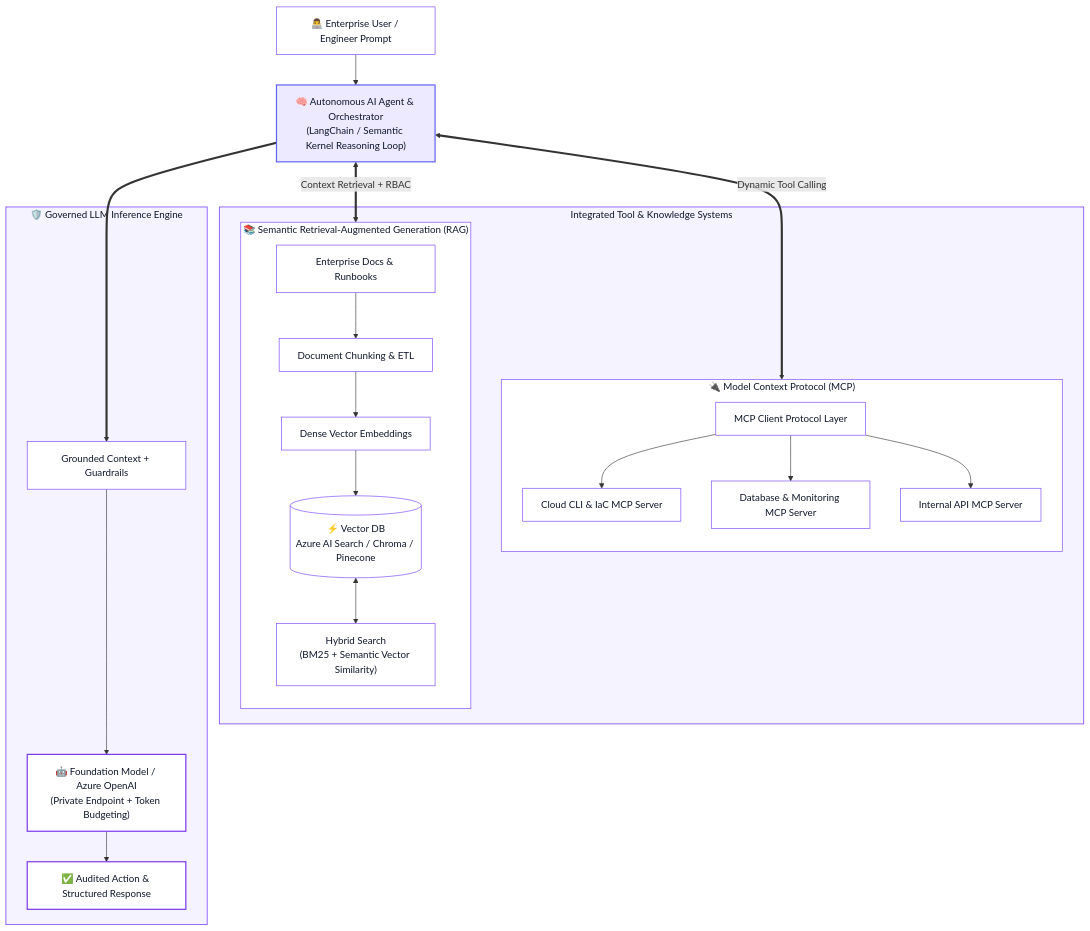
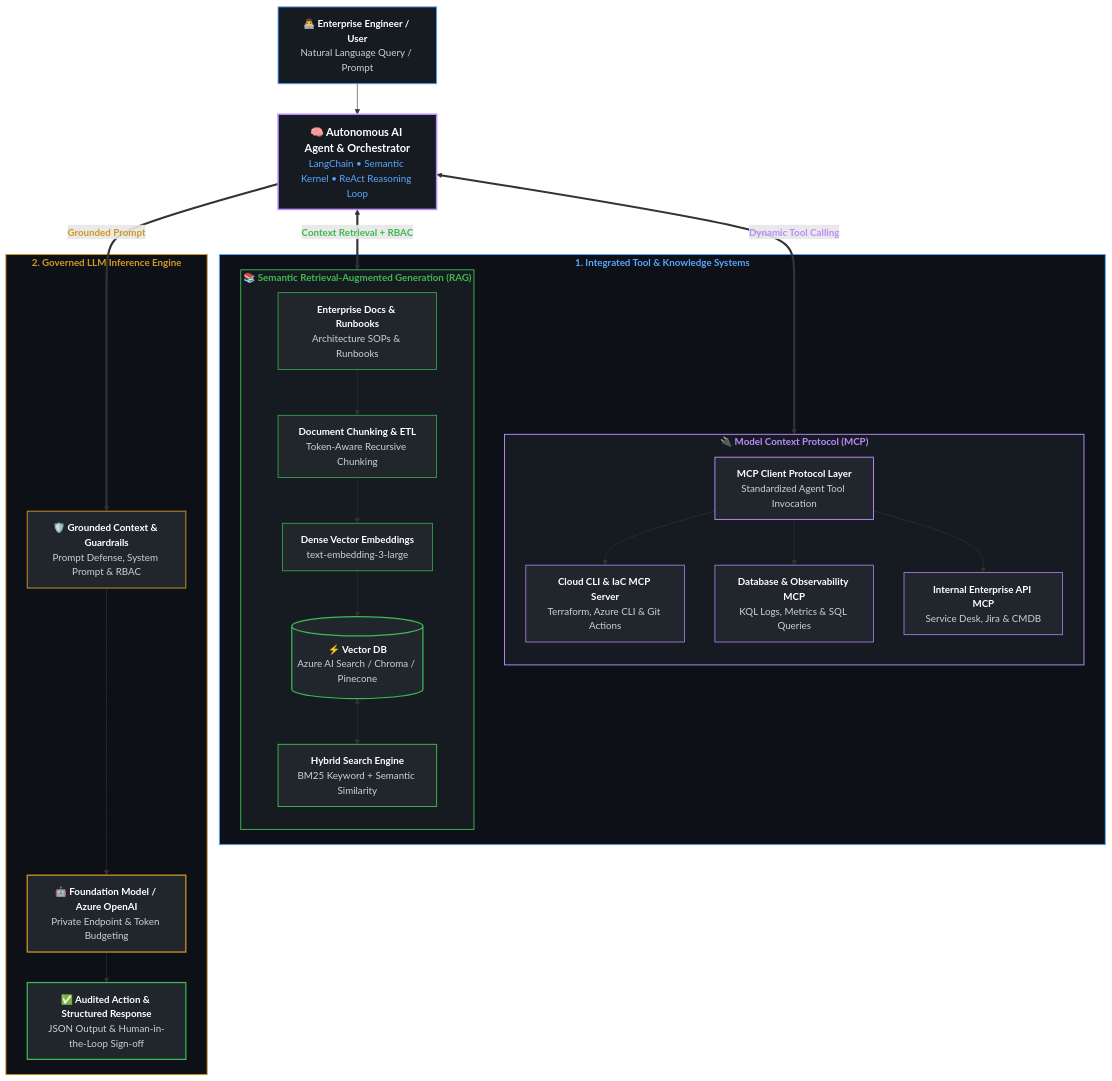
The tenth of 10 diagrams in README.md (Ankitasingh-singh/Ankitasingh-singh), drawn with Mermaid before and after one commit. The commit also changed other lines of this file, not shown here.

Commit message:
style: update mermaid diagram text and node styling for dark mode in README

````diff
--- a/README.md
+++ b/README.md
@@ -652,56 +652,56 @@
 ```mermaid
 flowchart TD
-    User["👨‍💻 Enterprise User / Engineer Prompt"] --> Orchestrator["🧠 Autonomous AI Agent & Orchestrator<br/>(LangChain / Semantic Kernel Reasoning Loop)"]
+    User["<b><font color='#ffffff'>👨‍💻 Enterprise Engineer / User</font></b><br/><font color='#c9d1d9'>Natural Language Query / Prompt</font>"] --> Orchestrator["<b><font color='#ffffff' size='+1'>🧠 Autonomous AI Agent & Orchestrator</font></b><br/><font color='#58a6ff'>LangChain &bull; Semantic Kernel &bull; ReAct Reasoning Loop</font>"]
 
-    subgraph ContextSystems["Integrated Tool & Knowledge Systems"]
-        subgraph MCPFramework["🔌 Model Context Protocol (MCP)"]
+    subgraph ContextSystems["<b><font color='#58a6ff'>1. Integrated Tool & Knowledge Systems</font></b>"]
+        subgraph MCPFramework["<b><font color='#bc8cff'>🔌 Model Context Protocol (MCP)</font></b>"]
             direction TB
-            MCPServer["MCP Client Protocol Layer"]
-            Tool1["Cloud CLI & IaC MCP Server"]
-            Tool2["Database & Monitoring MCP Server"]
-            Tool3["Internal API MCP Server"]
+            MCPServer["<b><font color='#ffffff'>MCP Client Protocol Layer</font></b><br/><font color='#c9d1d9'>Standardized Agent Tool Invocation</font>"]
+            Tool1["<b><font color='#ffffff'>Cloud CLI & IaC MCP Server</font></b><br/><font color='#c9d1d9'>Terraform, Azure CLI & Git Actions</font>"]
+            Tool2["<b><font color='#ffffff'>Database & Observability MCP</font></b><br/><font color='#c9d1d9'>KQL Logs, Metrics & SQL Queries</font>"]
+            Tool3["<b><font color='#ffffff'>Internal Enterprise API MCP</font></b><br/><font color='#c9d1d9'>Service Desk, Jira & CMDB</font>"]
             MCPServer --> Tool1
             MCPServer --> Tool2
             MCPServer --> Tool3
         end
 
-        subgraph RAGPipeline["📚 Semantic Retrieval-Augmented Generation (RAG)"]
+        subgraph RAGPipeline["<b><font color='#3fb950'>📚 Semantic Retrieval-Augmented Generation (RAG)</font></b>"]
             direction TB
-            Docs["Enterprise Docs & Runbooks"] --> Chunking["Document Chunking & ETL"]
-            Chunking --> Embeddings["Dense Vector Embeddings"]
-            Embeddings --> VectorDB[("⚡ Vector DB<br/>Azure AI Search / Chroma / Pinecone")]
-            QuerySearch["Hybrid Search<br/>(BM25 + Semantic Vector Similarity)"]
+            Docs["<b><font color='#ffffff'>Enterprise Docs & Runbooks</font></b><br/><font color='#c9d1d9'>Architecture SOPs & Runbooks</font>"] --> Chunking["<b><font color='#ffffff'>Document Chunking & ETL</font></b><br/><font color='#c9d1d9'>Token-Aware Recursive Chunking</font>"]
+            Chunking --> Embeddings["<b><font color='#ffffff'>Dense Vector Embeddings</font></b><br/><font color='#c9d1d9'>text-embedding-3-large</font>"]
+            Embeddings --> VectorDB[("<b><font color='#ffffff'>⚡ Vector DB</font></b><br/><font color='#c9d1d9'>Azure AI Search / Chroma / Pinecone</font>")]
+            QuerySearch["<b><font color='#ffffff'>Hybrid Search Engine</font></b><br/><font color='#c9d1d9'>BM25 Keyword + Semantic Similarity</font>"]
             VectorDB <--> QuerySearch
         end
     end
 
-    Orchestrator <==>|"Dynamic Tool Calling"| MCPServer
-    Orchestrator <==>|"Context Retrieval + RBAC"| QuerySearch
+    Orchestrator <==>|"<font color='#bc8cff'><b>Dynamic Tool Calling</b></font>"| MCPServer
+    Orchestrator <==>|"<font color='#3fb950'><b>Context Retrieval + RBAC</b></font>"| QuerySearch
 
-    subgraph LLMRuntime["🛡️ Governed LLM Inference Engine"]
-        Grounding["Grounded Context + Guardrails"] --> PrivateLLM["🤖 Foundation Model / Azure OpenAI<br/>(Private Endpoint + Token Budgeting)"]
-        PrivateLLM --> AuditedOutput["✅ Audited Action & Structured Response"]
+    subgraph LLMRuntime["<b><font color='#d29922'>2. Governed LLM Inference Engine</font></b>"]
+        Grounding["<b><font color='#ffffff'>🛡️ Grounded Context & Guardrails</font></b><br/><font color='#c9d1d9'>Prompt Defense, System Prompt & RBAC</font>"] --> PrivateLLM["<b><font color='#ffffff'>🤖 Foundation Model / Azure OpenAI</font></b><br/><font color='#c9d1d9'>Private Endpoint & Token Budgeting</font>"]
+        PrivateLLM --> AuditedOutput["<b><font color='#ffffff'>✅ Audited Action & Structured Response</font></b><br/><font color='#c9d1d9'>JSON Output & Human-in-the-Loop Sign-off</font>"]
     end
 
-    Orchestrator ==> Grounding
+    Orchestrator ==>|"<font color='#d29922'><b>Grounded Prompt</b></font>"| Grounding
 
-    style Orchestrator fill:#ede9fe,stroke:#6366f1,stroke-width:2px,color:#0f172a
-    style ContextSystems fill:#f5f3ff,stroke:#8b5cf6,stroke-width:1.5px,color:#0f172a
-    style MCPFramework fill:#ffffff,stroke:#8b5cf6,stroke-width:1.2px,color:#0f172a
-    style RAGPipeline fill:#ffffff,stroke:#8b5cf6,stroke-width:1.2px,color:#0f172a
-    style LLMRuntime fill:#f5f3ff,stroke:#8b5cf6,stroke-width:1.5px,color:#0f172a
+    style Orchestrator fill:#161b22,stroke:#bc8cff,stroke-width:2.5px
+    style ContextSystems fill:#0d1117,stroke:#58a6ff,stroke-width:1.5px,color:#58a6ff
+    style MCPFramework fill:#161b22,stroke:#bc8cff,stroke-width:1.5px,color:#bc8cff
+    style RAGPipeline fill:#161b22,stroke:#3fb950,stroke-width:1.5px,color:#3fb950
+    style LLMRuntime fill:#0d1117,stroke:#d29922,stroke-width:1.5px,color:#d29922
 
-    style User fill:#ffffff,stroke:#8b5cf6,stroke-width:1.2px,color:#0f172a
-    style MCPServer fill:#ffffff,stroke:#8b5cf6,stroke-width:1.2px,color:#0f172a
-    style Tool1 fill:#ffffff,stroke:#8b5cf6,stroke-width:1.2px,color:#0f172a
-    style Tool2 fill:#ffffff,stroke:#8b5cf6,stroke-width:1.2px,color:#0f172a
-    style Tool3 fill:#ffffff,stroke:#8b5cf6,stroke-width:1.2px,color:#0f172a
-    style Docs fill:#ffffff,stroke:#8b5cf6,stroke-width:1.2px,color:#0f172a
-    style Chunking fill:#ffffff,stroke:#8b5cf6,stroke-width:1.2px,color:#0f172a
-    style Embeddings fill:#ffffff,stroke:#8b5cf6,stroke-width:1.2px,color:#0f172a
-    style VectorDB fill:#ffffff,stroke:#8b5cf6,stroke-width:1.2px,color:#0f172a
-    style QuerySearch fill:#ffffff,stroke:#8b5cf6,stroke-width:1.2px,color:#0f172a
-    style Grounding fill:#ffffff,stroke:#8b5cf6,stroke-width:1.2px,color:#0f172a
-    style PrivateLLM fill:#ffffff,stroke:#7c3aed,stroke-width:2px,color:#0f172a
-    style AuditedOutput fill:#ffffff,stroke:#7c3aed,stroke-width:2px,color:#0f172a
+    style User fill:#161b22,stroke:#58a6ff,stroke-width:1.5px
+    style MCPServer fill:#21262d,stroke:#bc8cff,stroke-width:1.5px
+    style Tool1 fill:#21262d,stroke:#bc8cff,stroke-width:1.2px
+    style Tool2 fill:#21262d,stroke:#bc8cff,stroke-width:1.2px
+    style Tool3 fill:#21262d,stroke:#bc8cff,stroke-width:1.2px
+    style Docs fill:#21262d,stroke:#3fb950,stroke-width:1.2px
+    style Chunking fill:#21262d,stroke:#3fb950,stroke-width:1.2px
+    style Embeddings fill:#21262d,stroke:#3fb950,stroke-width:1.2px
+    style VectorDB fill:#21262d,stroke:#3fb950,stroke-width:2px
+    style QuerySearch fill:#21262d,stroke:#3fb950,stroke-width:1.5px
+    style Grounding fill:#21262d,stroke:#d29922,stroke-width:1.5px
+    style PrivateLLM fill:#21262d,stroke:#d29922,stroke-width:2px
+    style AuditedOutput fill:#21262d,stroke:#3fb950,stroke-width:2px
 ```
````
